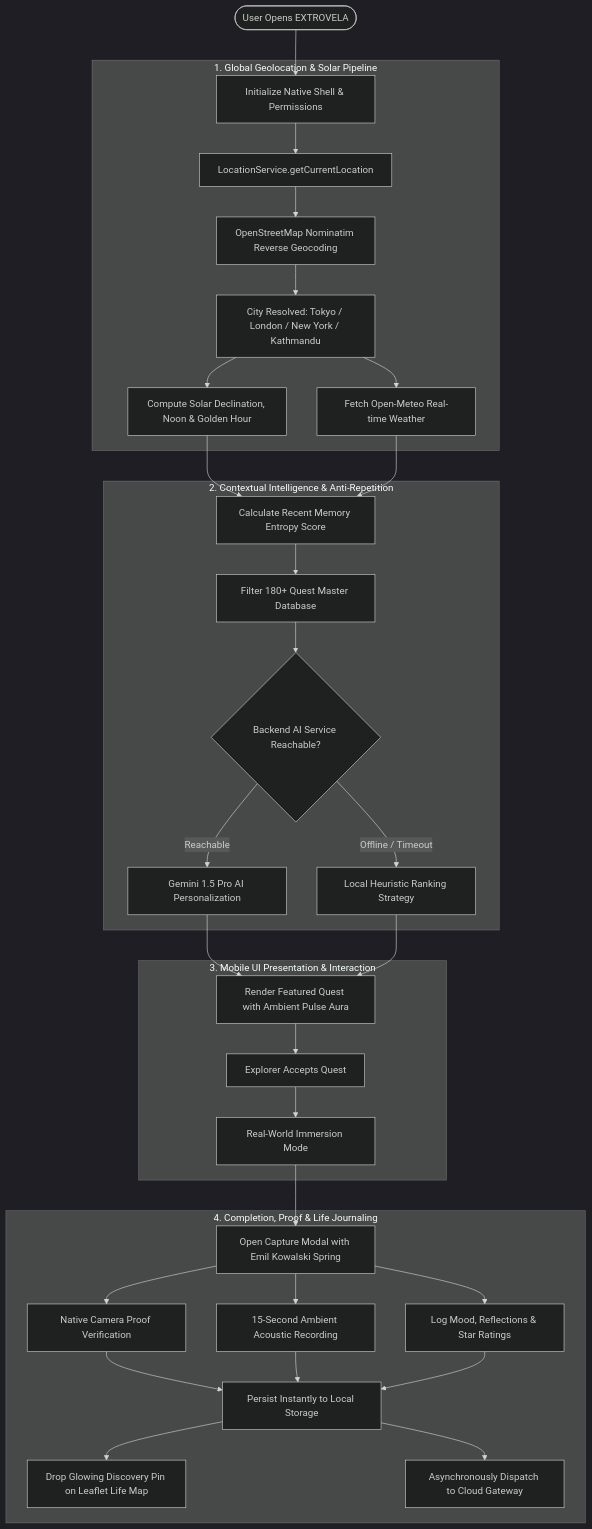
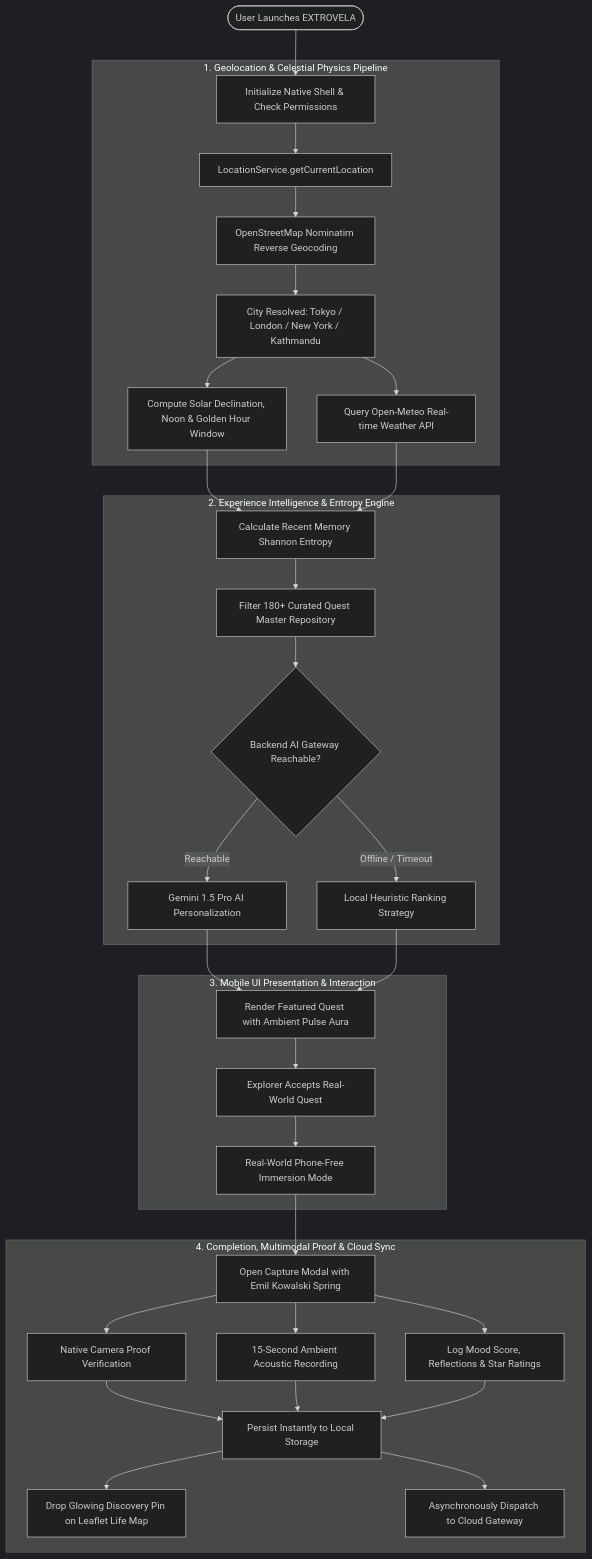
Before and after one commit to susantedit/Extrovela: the first of 3 diagrams in README.md, drawn with Mermaid (dark theme). The commit also changed other lines of this file and 1 other file, not shown here.

Commit message:
docs: finalize master technical wiki with editorial hero banner, interactive state charts, and complete architecture rationale

````diff
--- a/README.md
+++ b/README.md
@@ -173,36 +177,36 @@
 ```mermaid
 flowchart TD
-    UserAppLaunch([User Opens EXTROVELA]) --> InitHardware[Initialize Native Shell & Permissions]
+    UserAppLaunch([User Launches EXTROVELA]) --> InitHardware[Initialize Native Shell & Check Permissions]
     
-    subgraph GeoPipeline [1. Global Geolocation & Solar Pipeline]
+    subgraph GeoPipeline [1. Geolocation & Celestial Physics Pipeline]
         InitHardware --> QueryGPS[LocationService.getCurrentLocation]
         QueryGPS --> RunNominatim[OpenStreetMap Nominatim Reverse Geocoding]
         RunNominatim --> CityIdentified[City Resolved: Tokyo / London / New York / Kathmandu]
-        CityIdentified --> ComputeSun[Compute Solar Declination, Noon & Golden Hour]
-        CityIdentified --> FetchMeteo[Fetch Open-Meteo Real-time Weather]
+        CityIdentified --> ComputeSun[Compute Solar Declination, Noon & Golden Hour Window]
+        CityIdentified --> FetchMeteo[Query Open-Meteo Real-time Weather API]
     end
 
-    subgraph IntelligenceCore [2. Contextual Intelligence & Anti-Repetition]
-        ComputeSun & FetchMeteo --> CalcEntropy[Calculate Recent Memory Entropy Score]
-        CalcEntropy --> FilterQuests[Filter 180+ Quest Master Database]
-        FilterQuests --> CheckBackend{Backend AI Service Reachable?}
+    subgraph IntelligenceCore [2. Experience Intelligence & Entropy Engine]
+        ComputeSun & FetchMeteo --> CalcEntropy[Calculate Recent Memory Shannon Entropy]
+        CalcEntropy --> FilterQuests[Filter 180+ Curated Quest Master Repository]
+        FilterQuests --> CheckBackend{Backend AI Gateway Reachable?}
         CheckBackend -- Reachable --> GeminiSynthesis[Gemini 1.5 Pro AI Personalization]
         CheckBackend -- Offline / Timeout --> HeuristicRanking[Local Heuristic Ranking Strategy]
     end
 
     subgraph UIOrchestration [3. Mobile UI Presentation & Interaction]
         GeminiSynthesis & HeuristicRanking --> DisplayHero[Render Featured Quest with Ambient Pulse Aura]
-        DisplayHero --> AcceptQuest[Explorer Accepts Quest]
-        AcceptQuest --> ExecuteExperience[Real-World Immersion Mode]
+        DisplayHero --> AcceptQuest[Explorer Accepts Real-World Quest]
+        AcceptQuest --> ExecuteExperience[Real-World Phone-Free Immersion Mode]
     end
 
-    subgraph CaptureAndSync [4. Completion, Proof & Life Journaling]
+    subgraph CaptureAndSync [4. Completion, Multimodal Proof & Cloud Sync]
         ExecuteExperience --> LaunchCapture[Open Capture Modal with Emil Kowalski Spring]
         LaunchCapture --> TakePhoto[Native Camera Proof Verification]
         LaunchCapture --> RecordAudio[15-Second Ambient Acoustic Recording]
-        LaunchCapture --> WriteJournal[Log Mood, Reflections & Star Ratings]
+        LaunchCapture --> WriteJournal[Log Mood Score, Reflections & Star Ratings]
         TakePhoto & RecordAudio & WriteJournal --> CommitLocal[Persist Instantly to Local Storage]
         CommitLocal --> DropPin[Drop Glowing Discovery Pin on Leaflet Life Map]
         CommitLocal --> SyncCloud[Asynchronously Dispatch to Cloud Gateway]
     end
 ```
````
